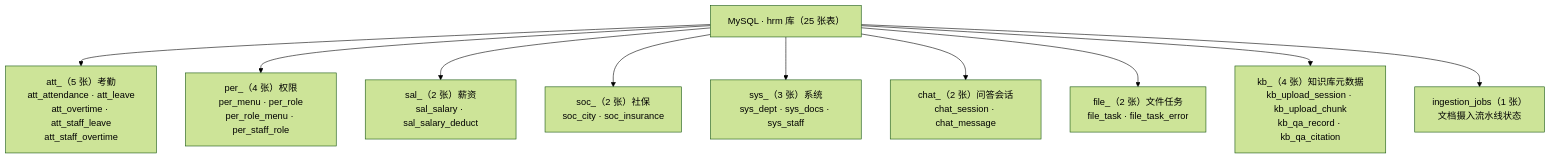
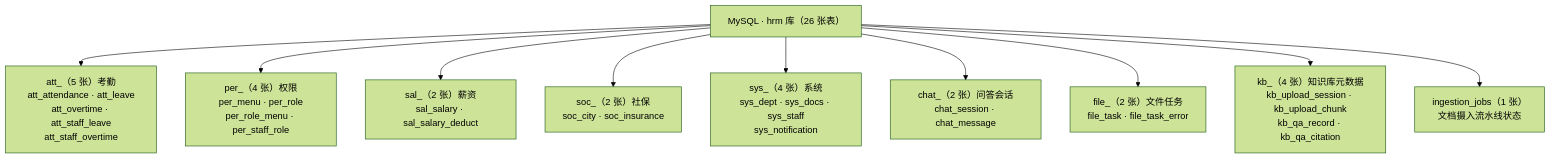
One commit to quuuuj/hrm changed the second of 2 diagrams in docs/note/06-表结构设计与三库分工.md. Above: the diagram before and after it, drawn with Mermaid (forest theme). The commit also changed other lines of this file and 15 other files, not shown here.

````diff
--- a/docs/note/06-表结构设计与三库分工.md
+++ b/docs/note/06-表结构设计与三库分工.md
@@ -44,14 +44,14 @@
 ```mermaid
 flowchart TD
-    HRM["MySQL · hrm 库（25 张表）"]
+    HRM["MySQL · hrm 库（26 张表）"]
 
     HRM --> ATT["att_（5 张）考勤<br/>att_attendance · att_leave<br/>att_overtime · att_staff_leave<br/>att_staff_overtime"]
     HRM --> PER["per_（4 张）权限<br/>per_menu · per_role<br/>per_role_menu · per_staff_role"]
     HRM --> SAL["sal_（2 张）薪资<br/>sal_salary · sal_salary_deduct"]
     HRM --> SOC["soc_（2 张）社保<br/>soc_city · soc_insurance"]
-    HRM --> SYS["sys_（3 张）系统<br/>sys_dept · sys_docs · sys_staff"]
+    HRM --> SYS["sys_（4 张）系统<br/>sys_dept · sys_docs · sys_staff<br/>sys_notification"]
     HRM --> CHAT["chat_（2 张）问答会话<br/>chat_session · chat_message"]
     HRM --> FILE["file_（2 张）文件任务<br/>file_task · file_task_error"]
     HRM --> KB["kb_（4 张）知识库元数据<br/>kb_upload_session · kb_upload_chunk<br/>kb_qa_record · kb_qa_citation"]
     HRM --> ING["ingestion_jobs（1 张）<br/>文档摄入流水线状态"]
 ```
````
